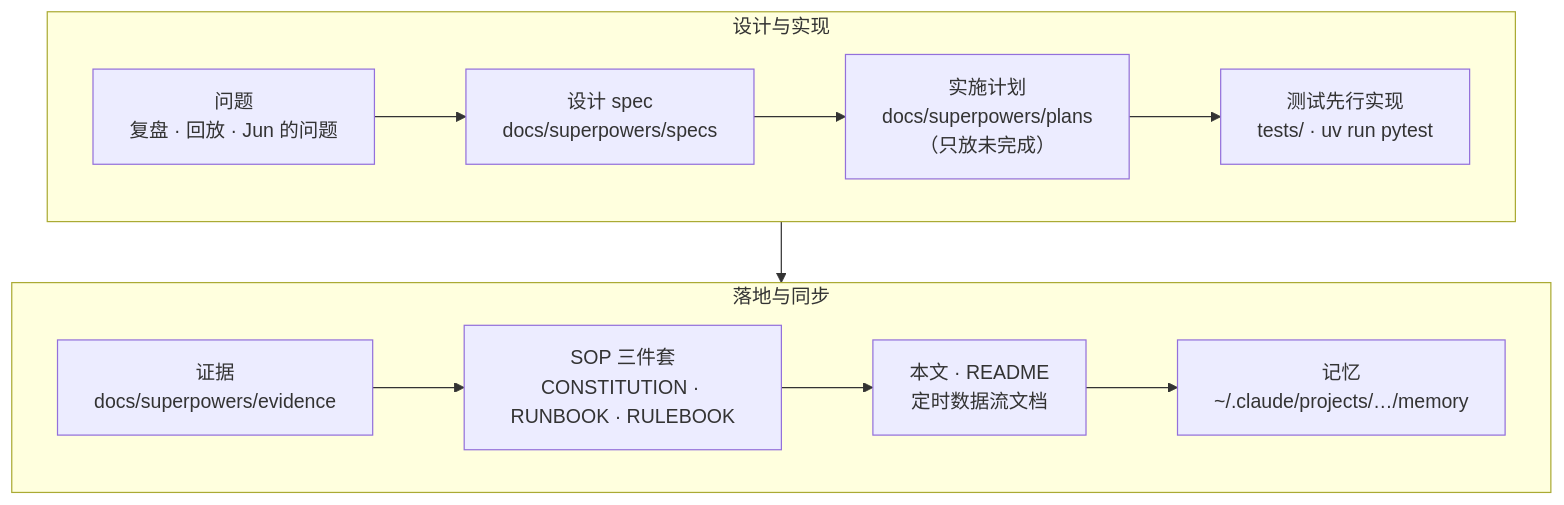
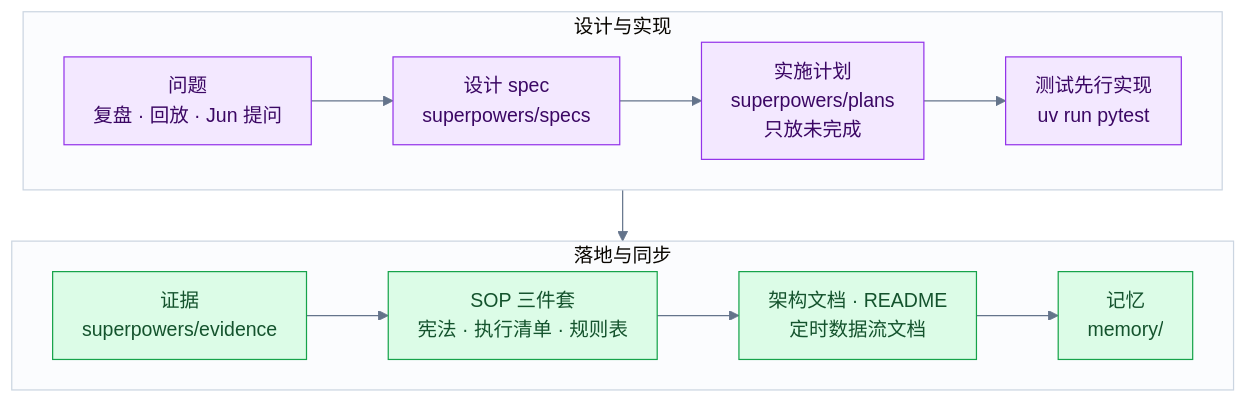
Before and after one commit to Jerenus/Nutmeg: the tenth of 10 diagrams in docs/ARCHITECTURE.md, drawn with Mermaid. The commit also changed other lines of this file and 3 other files, not shown here.

````diff
--- a/docs/ARCHITECTURE.md
+++ b/docs/ARCHITECTURE.md
@@ -412,12 +562,18 @@
 ```mermaid
+%%{init: {"theme": "base", "themeVariables": {"fontSize": "16px", "lineColor": "#64748B", "clusterBkg": "#FBFCFE", "clusterBorder": "#CBD5E1", "edgeLabelBackground": "#FFFFFF", "primaryTextColor": "#0F172A"}, "flowchart": {"curve": "basis", "padding": 12, "nodeSpacing": 30, "rankSpacing": 42}}}%%
 flowchart TB
   subgraph DESIGN["设计与实现"]
     direction LR
-    Q["问题<br/>复盘 · 回放 · Jun 的问题"] --> SP["设计 spec<br/>docs/superpowers/specs"] --> PL["实施计划<br/>docs/superpowers/plans<br/>（只放未完成）"] --> TDD["测试先行实现<br/>tests/ · uv run pytest"]
+    Q["问题<br/>复盘 · 回放 · Jun 提问"] --> SP["设计 spec<br/>superpowers/specs"] --> PL["实施计划<br/>superpowers/plans<br/>只放未完成"] --> TDD["测试先行实现<br/>uv run pytest"]
   end
   subgraph LAND["落地与同步"]
     direction LR
-    EV["证据<br/>docs/superpowers/evidence"] --> SOPS["SOP 三件套<br/>CONSTITUTION · RUNBOOK · RULEBOOK"] --> DOC["本文 · README<br/>定时数据流文档"] --> MEM["记忆<br/>~/.claude/projects/…/memory"]
+    EV["证据<br/>superpowers/evidence"] --> SOPS["SOP 三件套<br/>宪法 · 执行清单 · 规则表"] --> DOC["架构文档 · README<br/>定时数据流文档"] --> MEM["记忆<br/>memory/"]
   end
   DESIGN --> LAND
+
+  classDef jud fill:#F3E8FF,stroke:#9333EA,color:#3B0764
+  classDef acc fill:#DCFCE7,stroke:#16A34A,color:#14532D
+  class Q,SP,PL,TDD jud
+  class EV,SOPS,DOC,MEM acc
 ```
````
